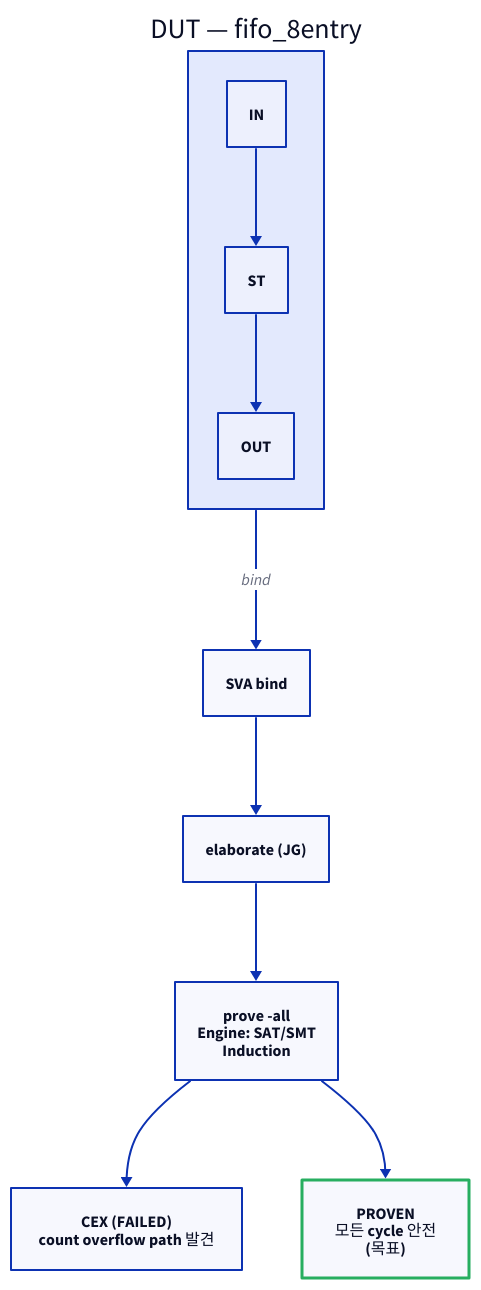
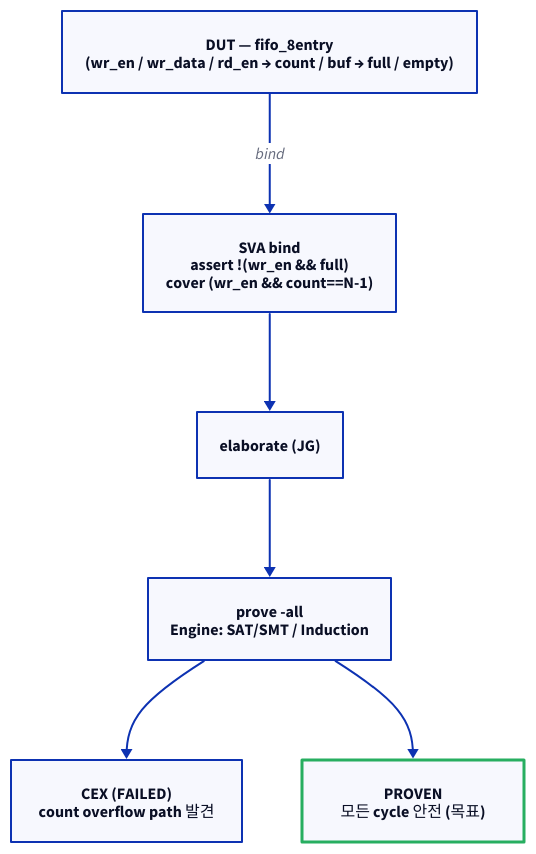
One commit to humbleowl39/DV_SKOOL changed the first of 6 diagrams in topics/formal_verification/docs/01_formal_fundamentals.md. Above: the diagram before and after it, drawn with D2. The commit also changed other lines of this file and 90 other files, not shown here.

First line of the commit message:
docs: 전 토픽 다이어그램 정비 — ASCII→D2, mermaid→D2, 과대 D2 가시성 수정

````diff
--- a/topics/formal_verification/docs/01_formal_fundamentals.md
+++ b/topics/formal_verification/docs/01_formal_fundamentals.md
@@ -122,26 +122,15 @@
 ```d2
 direction: down
 
-DUT: "DUT — fifo_8entry" {
-  direction: right
-  # unparsed: IN["wr_en / wr_data<br/>rd_en"]
-  # unparsed: ST["count [3:0]<br/>buf [7:0][N]"]
-  # unparsed: OUT["full / empty"]
-  IN -> ST
-  ST -> OUT
-}
-SVA: "SVA bind" {
-  direction: down
-  # unparsed: A["assert<br/>!(wr_en && full)"]
-  # unparsed: C["cover<br/>(wr_en && count == N-1)"]
-}
+DUT: "DUT — fifo_8entry\n(wr_en / wr_data / rd_en → count / buf → full / empty)"
+SVA: "SVA bind\nassert !(wr_en && full)\ncover (wr_en && count==N-1)"
 DUT -> SVA: "bind"
 EL: "elaborate (JG)"
 SVA -> EL
-PR: "prove -all\nEngine: SAT/SMT\nInduction"
+PR: "prove -all\nEngine: SAT/SMT / Induction"
 EL -> PR
 CEX: "CEX (FAILED)\ncount overflow path 발견"
+PV: "PROVEN\n모든 cycle 안전 (목표)" { style.stroke: "#27ae60"; style.stroke-width: 3 }
 PR -> CEX
-PV: "PROVEN\n모든 cycle 안전\n(목표)" { style.stroke: "#27ae60"; style.stroke-width: 3 }
 PR -> PV
 ```
````
